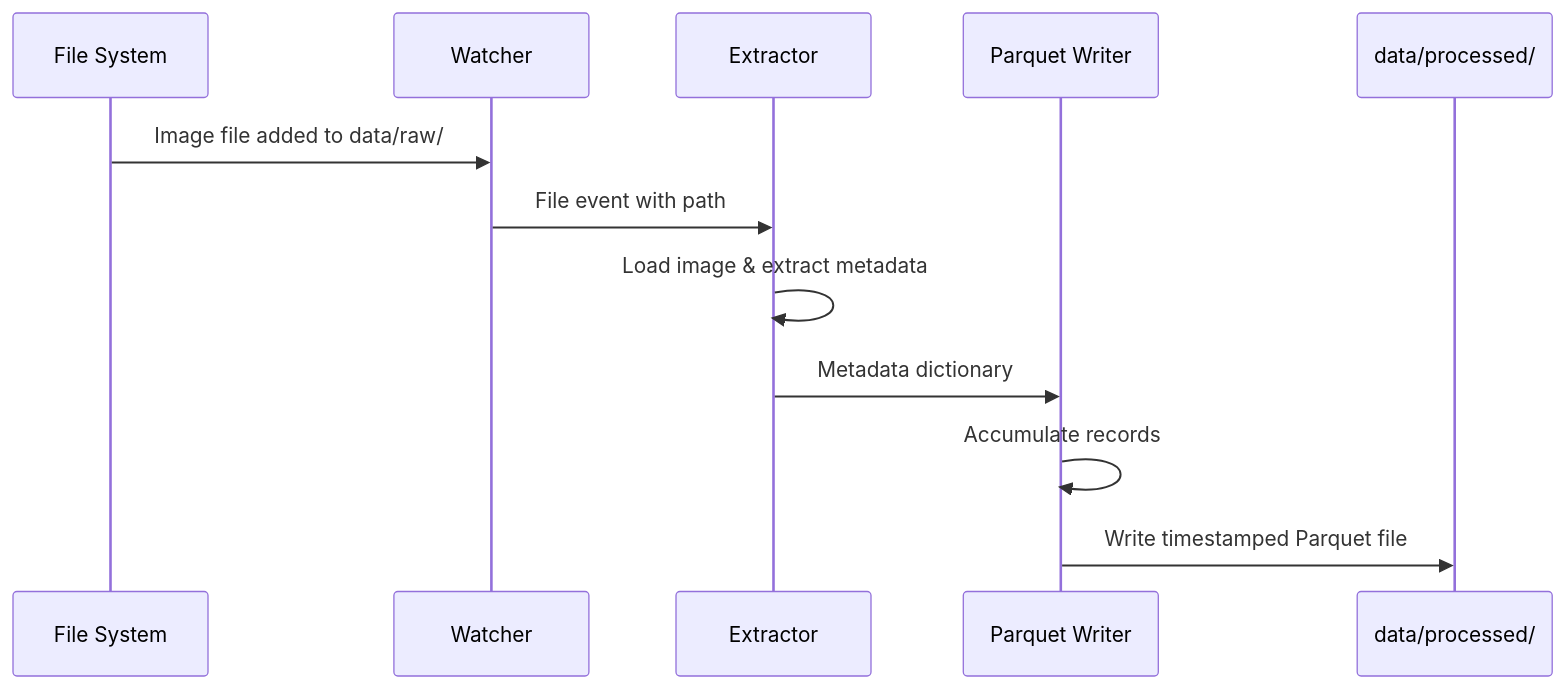
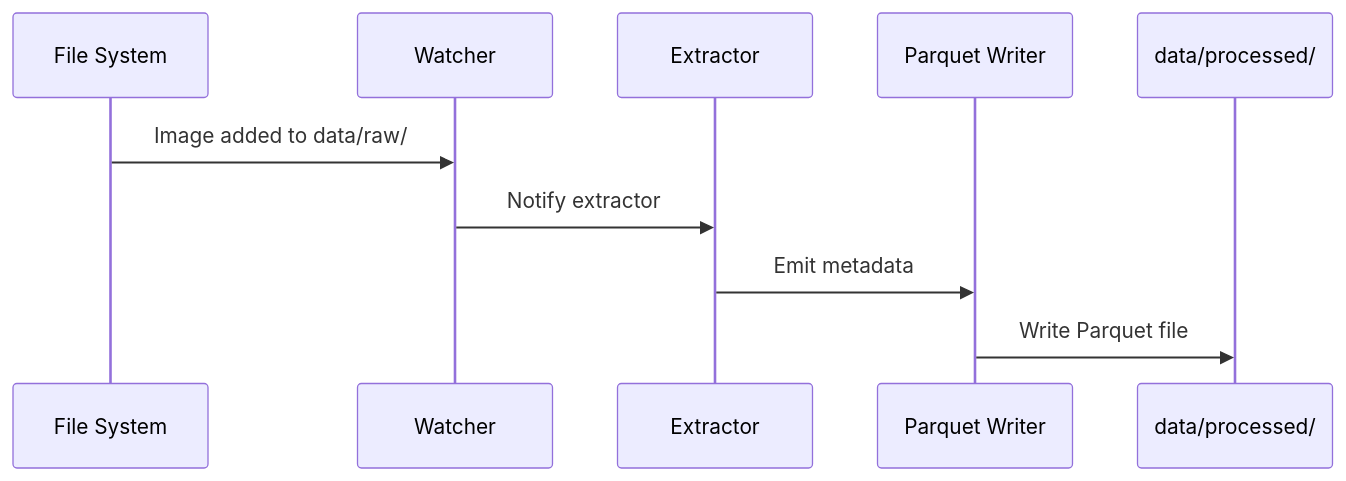
One commit to sudoblark/sudoblark.ai.bookshelf-demo changed the second of 3 diagrams in docs/architecture.md. Above: the diagram before and after it, drawn with Mermaid. The commit also changed other lines of this file and 3 other files, not shown here.

````diff
--- a/docs/architecture.md
+++ b/docs/architecture.md
@@ -33,15 +26,13 @@
 ```mermaid
 sequenceDiagram
     participant FS as File System
     participant W as Watcher
     participant E as Extractor
     participant PW as Parquet Writer
     participant DB as data/processed/
 
-    FS->>W: Image file added to data/raw/
-    W->>E: File event with path
-    E->>E: Load image & extract metadata
-    E->>PW: Metadata dictionary
-    PW->>PW: Accumulate records
-    PW->>DB: Write timestamped Parquet file
+    FS->>W: Image added to data/raw/
+    W->>E: Notify extractor
+    E->>PW: Emit metadata
+    PW->>DB: Write Parquet file
 ```
````
